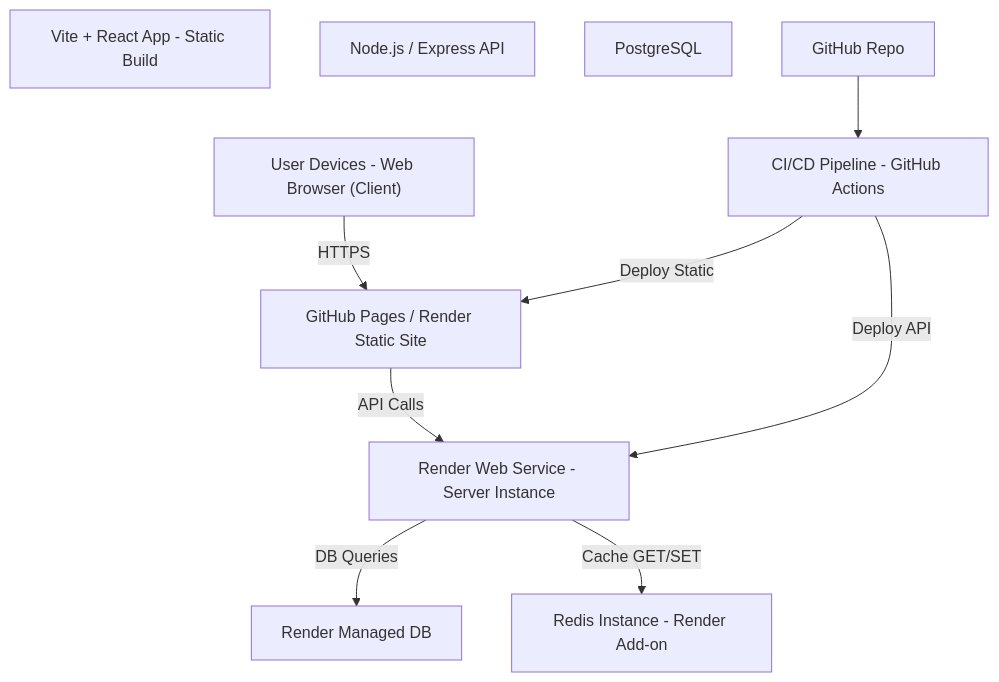
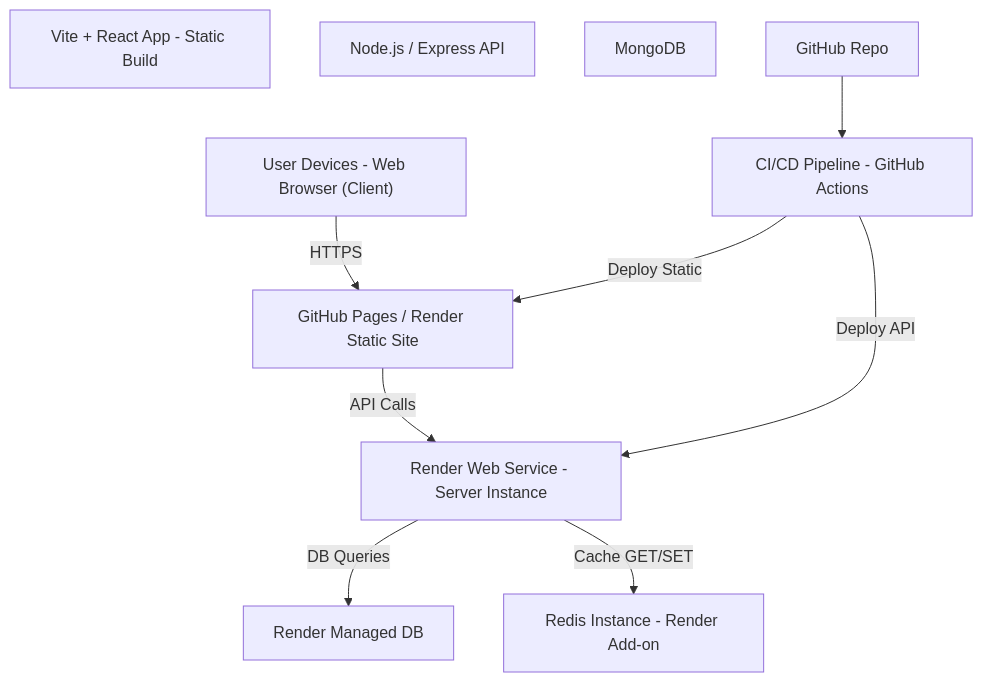
Before and after one commit to Quartzion/qts-v1.3.0: the second of 2 diagrams in README.md, drawn with Mermaid. The commit also changed other lines of this file, not shown here.

Commit message:
Change database type in README workflow diagram
Updated the database type from PostgreSQL to MongoDB in the workflow diagram.

````diff
--- a/README.md
+++ b/README.md
@@ -48,27 +48,27 @@
 ```mermaid
 flowchart TD
     UD_Web["User Devices - Web Browser (Client)"]
 
     FE_Vite["Vite + React App - Static Build"]
     FE_Static["GitHub Pages / Render Static Site"]
 
     BE_Node["Node.js / Express API"]
     BE_Render["Render Web Service - Server Instance"]
 
-    DB_PG["PostgreSQL"]
+    DB_PG["MongoDB"]
     DB_Render["Render Managed DB"]
 
     CACHE_R["Redis Instance - Render Add-on"]
 
     DEV_Repo["GitHub Repo"]
     DEV_CI["CI/CD Pipeline - GitHub Actions"]
 
     UD_Web -->|HTTPS| FE_Static
     FE_Static -->|API Calls| BE_Render
     BE_Render -->|DB Queries| DB_Render
     BE_Render -->|Cache GET/SET| CACHE_R
 
     DEV_Repo --> DEV_CI
     DEV_CI -->|Deploy Static| FE_Static
     DEV_CI -->|Deploy API| BE_Render
 ```
````
